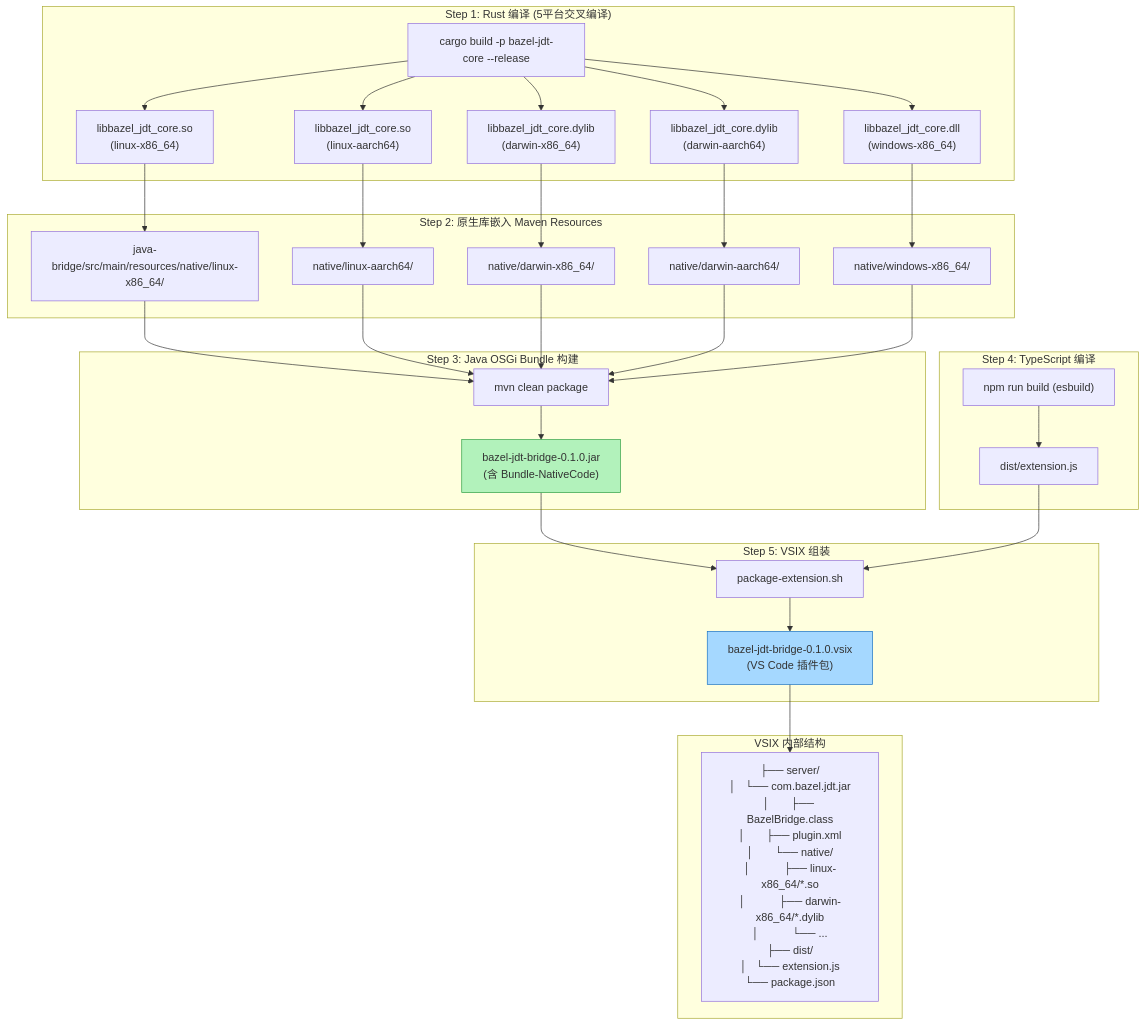
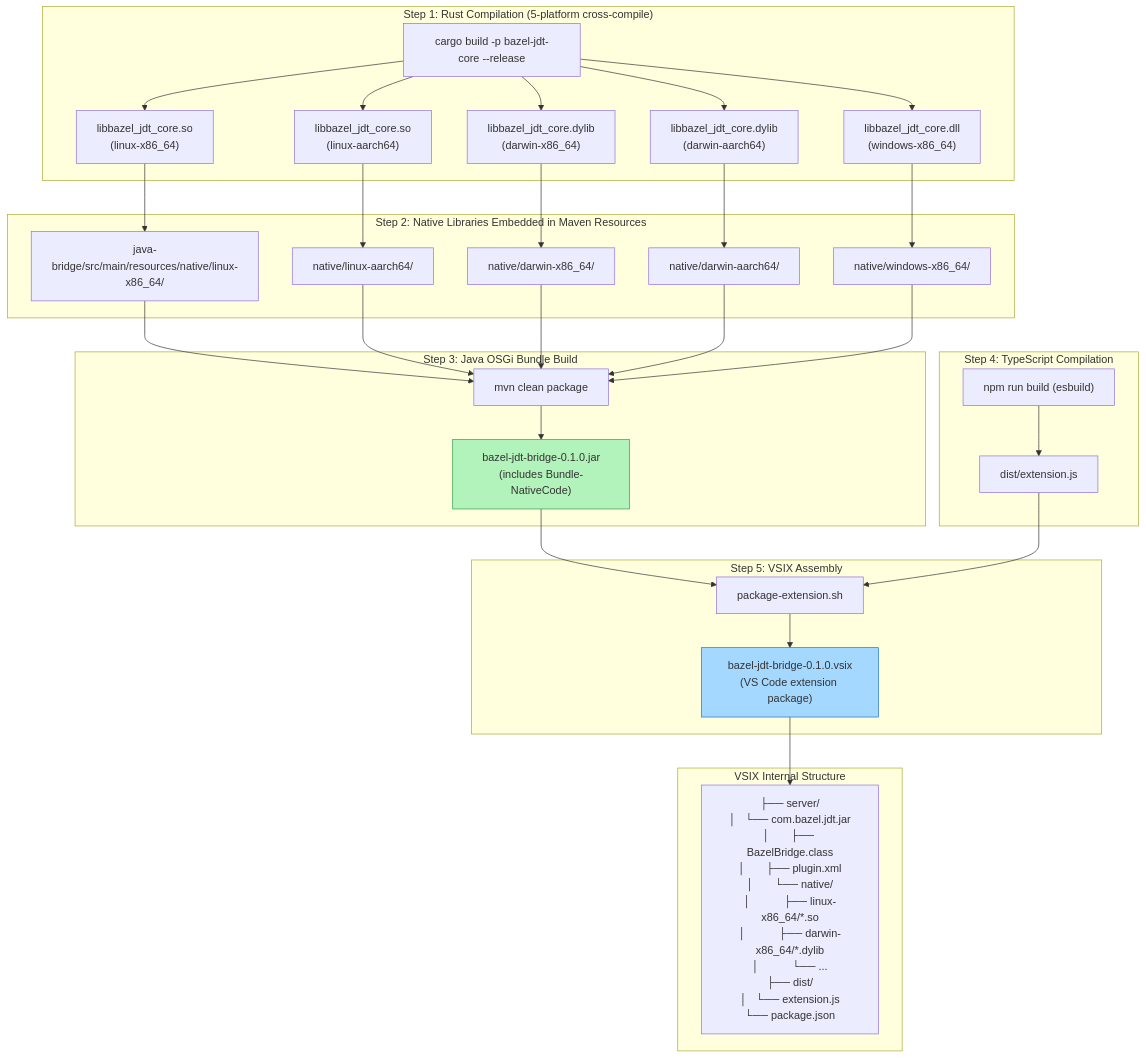
One commit to runchen0919/bazel-vscode-java-bridge changed the ninth of 9 diagrams in docs/architecture-analysis.md. Above: the diagram before and after it, drawn with Mermaid. The commit also changed other lines of this file and 2 other files, not shown here.

First line of the commit message:
docs: translate technical docs and architecture diagram from Chinese to English

````diff
--- a/docs/architecture-analysis.md
+++ b/docs/architecture-analysis.md
@@ -641,44 +641,44 @@
 ```mermaid
 flowchart TD
-    subgraph "Step 1: Rust 编译 (5平台交叉编译)"
+    subgraph "Step 1: Rust Compilation (5-platform cross-compile)"
         RUST["cargo build -p bazel-jdt-core --release"]
         RUST --> SO_LINUX["libbazel_jdt_core.so<br/>(linux-x86_64)"]
         RUST --> SO_LINUX_ARM["libbazel_jdt_core.so<br/>(linux-aarch64)"]
         RUST --> DYLIB_MAC["libbazel_jdt_core.dylib<br/>(darwin-x86_64)"]
         RUST --> DYLIB_MAC_ARM["libbazel_jdt_core.dylib<br/>(darwin-aarch64)"]
         RUST --> DLL_WIN["libbazel_jdt_core.dll<br/>(windows-x86_64)"]
     end
 
-    subgraph "Step 2: 原生库嵌入 Maven Resources"
+    subgraph "Step 2: Native Libraries Embedded in Maven Resources"
         SO_LINUX --> RES1["java-bridge/src/main/resources/native/linux-x86_64/"]
         SO_LINUX_ARM --> RES2["native/linux-aarch64/"]
         DYLIB_MAC --> RES3["native/darwin-x86_64/"]
         DYLIB_MAC_ARM --> RES4["native/darwin-aarch64/"]
         DLL_WIN --> RES5["native/windows-x86_64/"]
     end
 
-    subgraph "Step 3: Java OSGi Bundle 构建"
+    subgraph "Step 3: Java OSGi Bundle Build"
         MVN["mvn clean package"]
         RES1 & RES2 & RES3 & RES4 & RES5 --> MVN
-        MVN --> JAR["bazel-jdt-bridge-0.1.0.jar<br/>(含 Bundle-NativeCode)"]
+        MVN --> JAR["bazel-jdt-bridge-0.1.0.jar<br/>(includes Bundle-NativeCode)"]
     end
 
-    subgraph "Step 4: TypeScript 编译"
+    subgraph "Step 4: TypeScript Compilation"
         NPM["npm run build (esbuild)"]
         NPM --> DIST["dist/extension.js"]
     end
 
-    subgraph "Step 5: VSIX 组装"
+    subgraph "Step 5: VSIX Assembly"
         PKG["package-extension.sh"]
         JAR --> PKG
         DIST --> PKG
-        PKG --> VSIX["bazel-jdt-bridge-0.1.0.vsix<br/>(VS Code 插件包)"]
+        PKG --> VSIX["bazel-jdt-bridge-0.1.0.vsix<br/>(VS Code extension package)"]
     end
 
-    subgraph "VSIX 内部结构"
+    subgraph "VSIX Internal Structure"
         VSIX --> VSIX_STRUCT["├── server/<br/>│   └── com.bazel.jdt.jar<br/>│       ├── BazelBridge.class<br/>│       ├── plugin.xml<br/>│       └── native/<br/>│           ├── linux-x86_64/*.so<br/>│           ├── darwin-x86_64/*.dylib<br/>│           └── ...<br/>├── dist/<br/>│   └── extension.js<br/>└── package.json"]
     end
 
     style JAR fill:#b2f2bb,stroke:#2f9e44
     style VSIX fill:#a5d8ff,stroke:#1971c2
 ```
````
